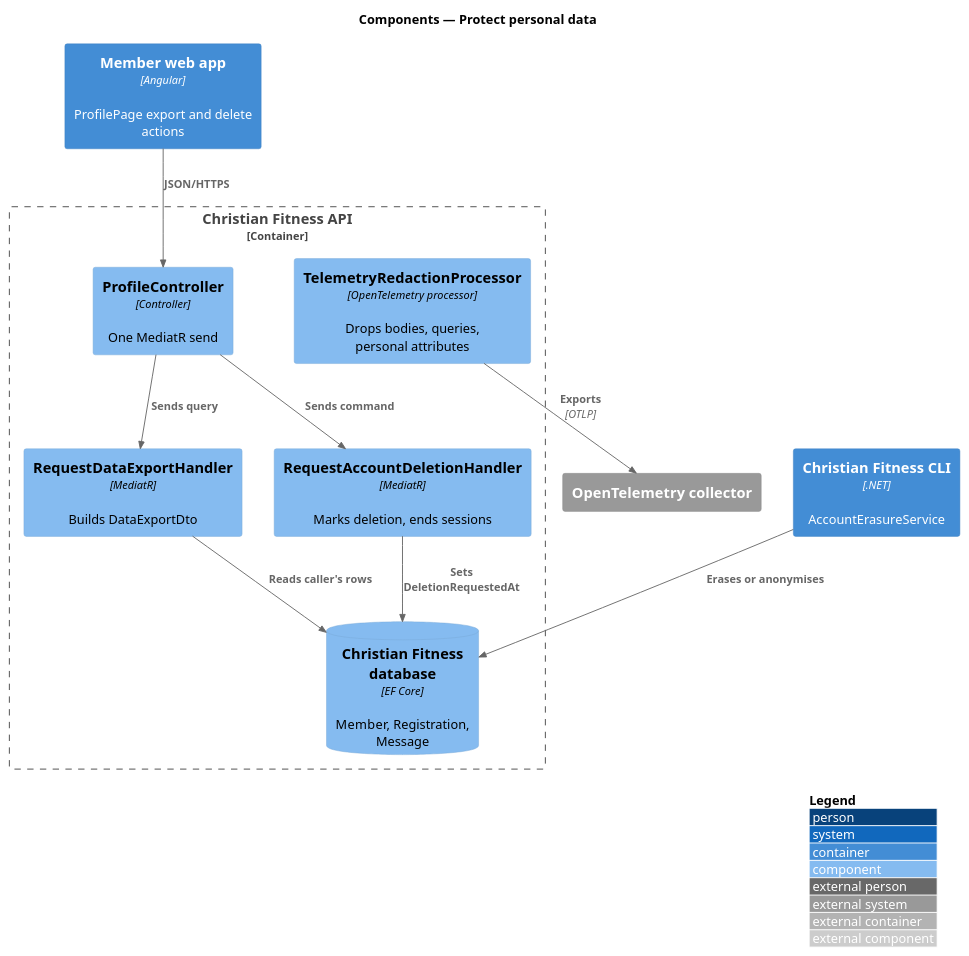
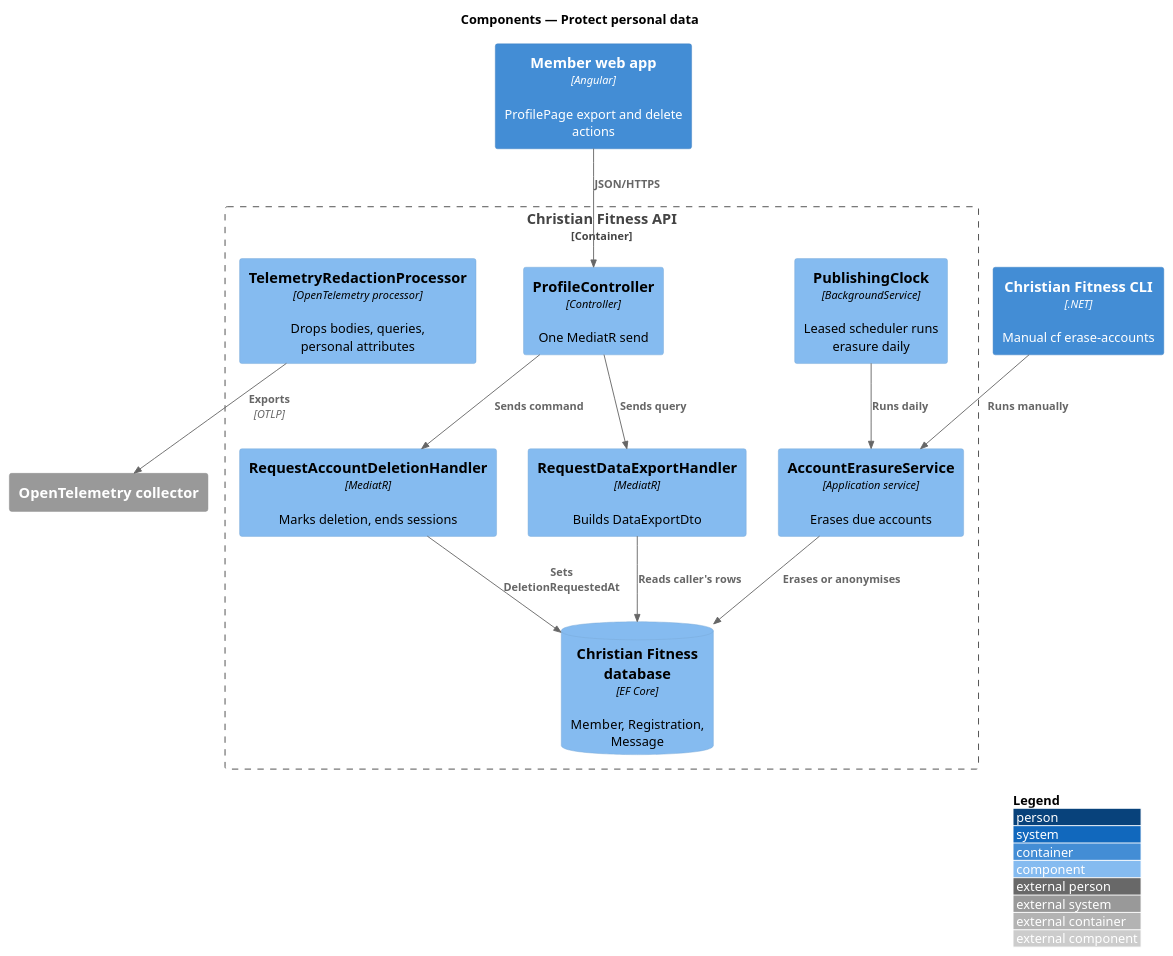
One commit to QuinntyneBrown/christian-fitness changed the diagram in docs/detailed-designs/security/protect-personal-data/diagrams/c4-component.puml. Above: the diagram before and after it, drawn with PlantUML. The commit also changed 33 other files, not shown here.

```diff
--- a/docs/detailed-designs/security/protect-personal-data/diagrams/c4-component.puml
+++ b/docs/detailed-designs/security/protect-personal-data/diagrams/c4-component.puml
@@ -1,23 +1,27 @@
 @startuml
 !include <C4/C4_Component>
 LAYOUT_WITH_LEGEND()
 title Components — Protect personal data
 
 Container(web, "Member web app", "Angular", "ProfilePage export and delete actions")
 Container_Boundary(api, "Christian Fitness API") {
   Component(ctrl, "ProfileController", "Controller", "One MediatR send")
   Component(exp, "RequestDataExportHandler", "MediatR", "Builds DataExportDto")
   Component(del, "RequestAccountDeletionHandler", "MediatR", "Marks deletion, ends sessions")
+  Component(clock, "PublishingClock", "BackgroundService", "Leased scheduler runs erasure daily")
+  Component(erase, "AccountErasureService", "Application service", "Erases due accounts")
   Component(red, "TelemetryRedactionProcessor", "OpenTelemetry processor", "Drops bodies, queries, personal attributes")
   ComponentDb(db, "Christian Fitness database", "EF Core", "Member, Registration, Message")
 }
-Container(cli, "Christian Fitness CLI", ".NET", "AccountErasureService")
+Container(cli, "Christian Fitness CLI", ".NET", "Manual cf erase-accounts")
 System_Ext(otel, "OpenTelemetry collector", "")
 Rel(web, ctrl, "JSON/HTTPS")
 Rel(ctrl, exp, "Sends query")
 Rel(ctrl, del, "Sends command")
 Rel(exp, db, "Reads caller's rows")
 Rel(del, db, "Sets DeletionRequestedAt")
-Rel(cli, db, "Erases or anonymises")
+Rel(clock, erase, "Runs daily")
+Rel(cli, erase, "Runs manually")
+Rel(erase, db, "Erases or anonymises")
 Rel(red, otel, "Exports", "OTLP")
 @enduml
```
